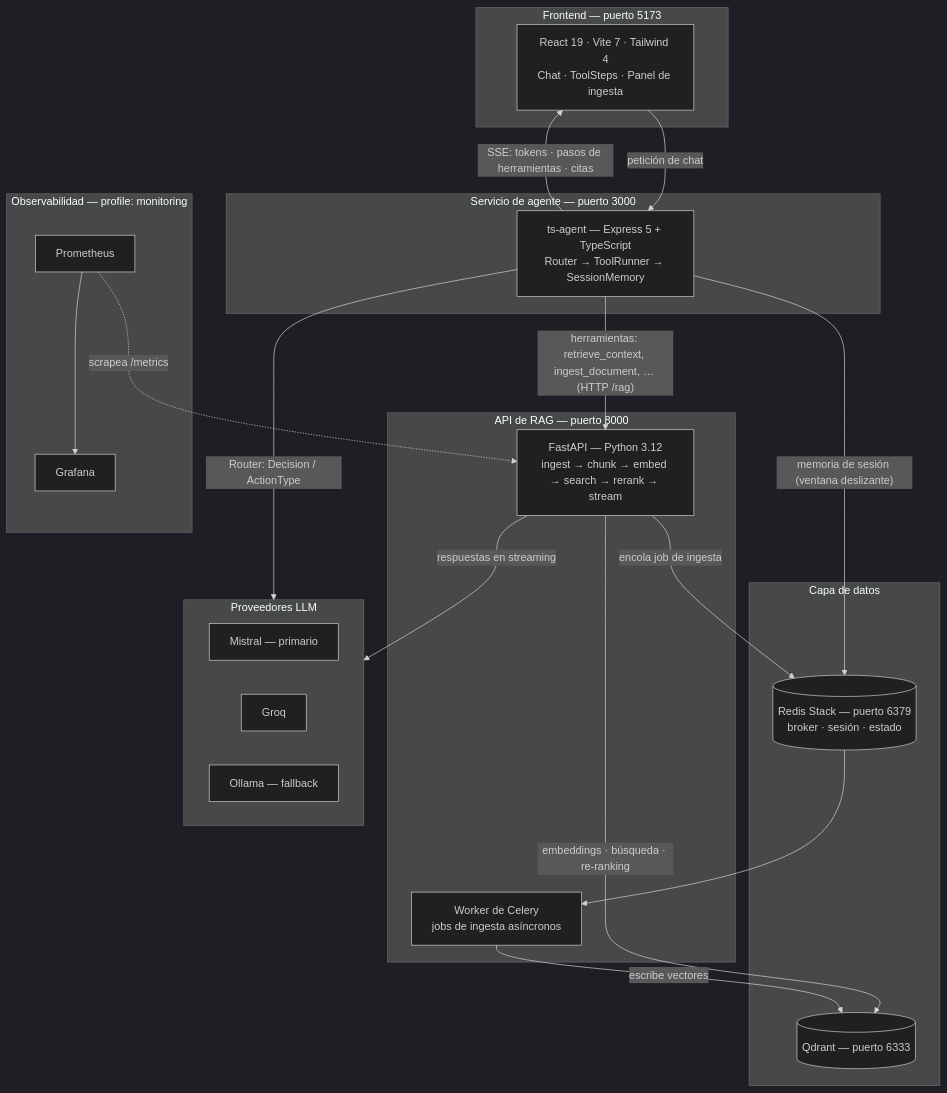
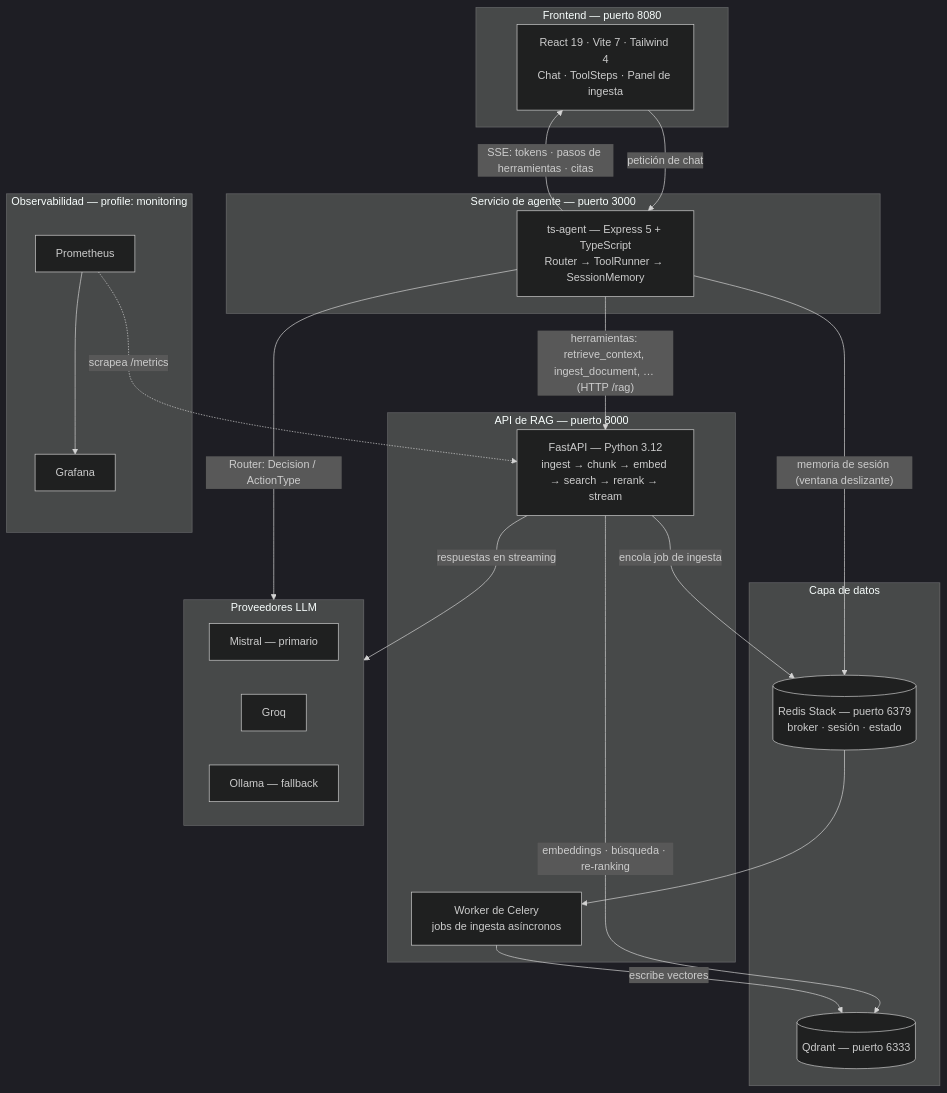
One commit to SrStamm/ai-toolkit-api changed the diagram in README.es.md. Above: the diagram before and after it, drawn with Mermaid (dark theme). The commit also changed other lines of this file and 6 other files, not shown here.

````diff
--- a/README.es.md
+++ b/README.es.md
@@ -24,44 +24,44 @@
 ```mermaid
 graph TD
-    subgraph FRONT["Frontend — puerto 5173"]
+    subgraph FRONT["Frontend — puerto 8080"]
         FE["React 19 · Vite 7 · Tailwind 4<br/>Chat · ToolSteps · Panel de ingesta"]
     end
 
     subgraph AGENTS["Servicio de agente — puerto 3000"]
         AG["ts-agent — Express 5 + TypeScript<br/>Router → ToolRunner → SessionMemory"]
     end
 
     subgraph APIS["API de RAG — puerto 8000"]
         API["FastAPI — Python 3.12<br/>ingest → chunk → embed → search → rerank → stream"]
         CEL["Worker de Celery<br/>jobs de ingesta asíncronos"]
     end
 
     subgraph DATA["Capa de datos"]
         QD[("Qdrant — puerto 6333")]
         RD[("Redis Stack — puerto 6379<br/>broker · sesión · estado")]
     end
 
     subgraph LLMS["Proveedores LLM"]
         M["Mistral — primario"]
         G["Groq"]
         O["Ollama — fallback"]
     end
 
     subgraph OBS["Observabilidad — profile: monitoring"]
         PROM["Prometheus"]
         GRAF["Grafana"]
     end
 
     FE -->|"petición de chat"| AG
     AG -->|"SSE: tokens · pasos de herramientas · citas"| FE
     AG -->|"herramientas: retrieve_context, ingest_document, … (HTTP /rag)"| API
     AG -->|"memoria de sesión (ventana deslizante)"| RD
     AG -->|"Router: Decision / ActionType"| LLMS
     API -->|"embeddings · búsqueda · re-ranking"| QD
     API -->|"encola job de ingesta"| RD
     RD --> CEL
     CEL -->|"escribe vectores"| QD
     API -->|"respuestas en streaming"| LLMS
     PROM -.->|"scrapea /metrics"| API
     PROM --> GRAF
 ```
````
